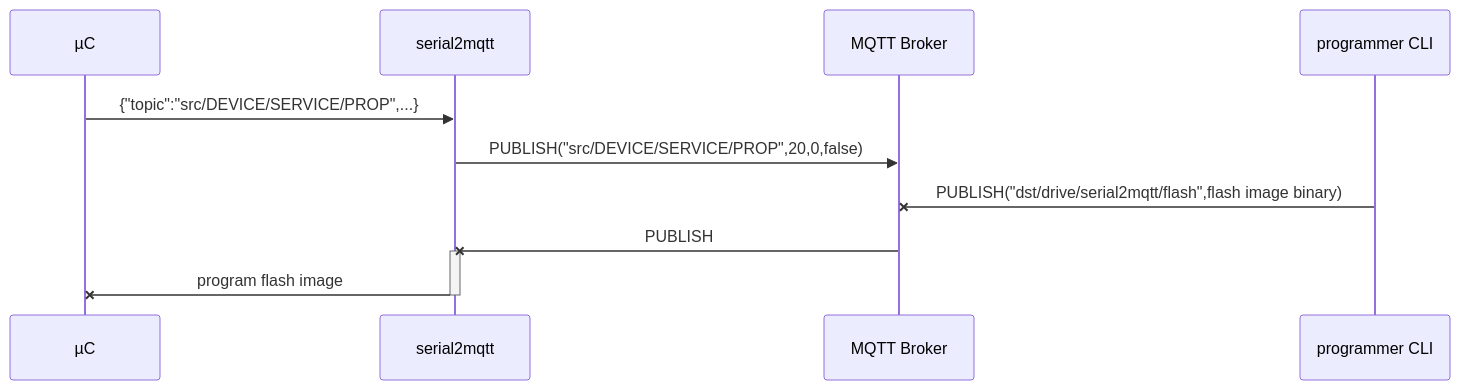
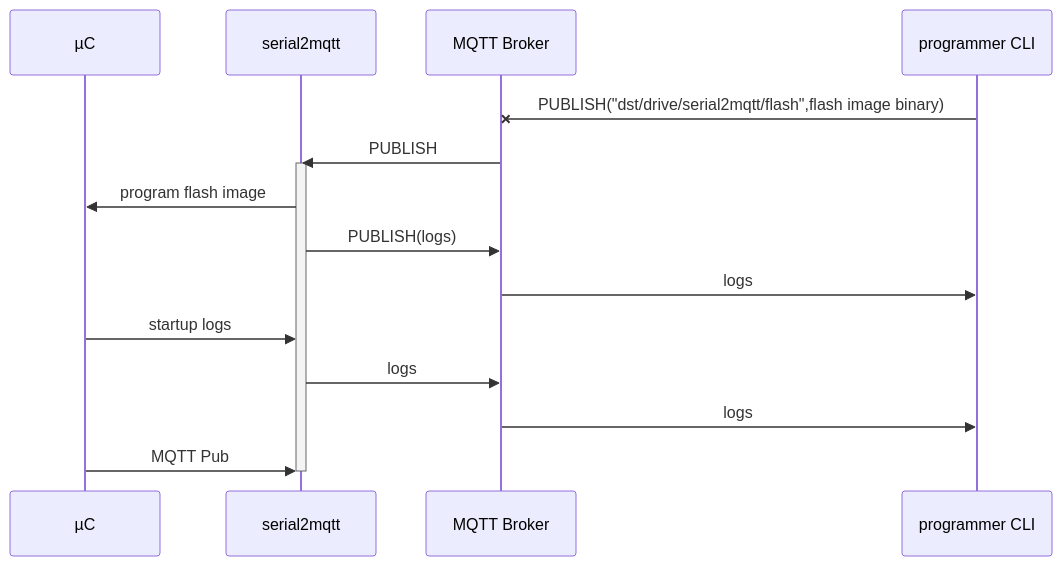
Before and after one commit to vortex314/serial2mqtt: the second of 2 diagrams in README.md, drawn with Mermaid.

Commit message:
Uploaded by https://stackedit.io/

````diff
--- a/README.md
+++ b/README.md
@@ -128,10 +128,18 @@
 ```mermaid
 sequenceDiagram
-µC->> serial2mqtt: {"topic":"src/DEVICE/SERVICE/PROP",...}
-serial2mqtt->>MQTT Broker:  PUBLISH("src/DEVICE/SERVICE/PROP",20,0,false)
+participant µC
+participant serial2mqtt
+participant MQTT Broker
+participant programmer CLI
 programmer CLI -x MQTT Broker: PUBLISH("dst/drive/serial2mqtt/flash",flash image binary)
-MQTT Broker -x serial2mqtt : PUBLISH
+MQTT Broker ->> serial2mqtt : PUBLISH
 activate serial2mqtt
-serial2mqtt -x µC : program flash image
+serial2mqtt ->> µC : program flash image
+serial2mqtt ->> MQTT Broker : PUBLISH(logs)
+MQTT Broker ->> programmer CLI : logs
+µC ->> serial2mqtt : startup logs
+serial2mqtt ->> MQTT Broker : logs
+MQTT Broker ->> programmer CLI : logs
+µC ->> serial2mqtt : MQTT Pub
 deactivate serial2mqtt
 ```
````
